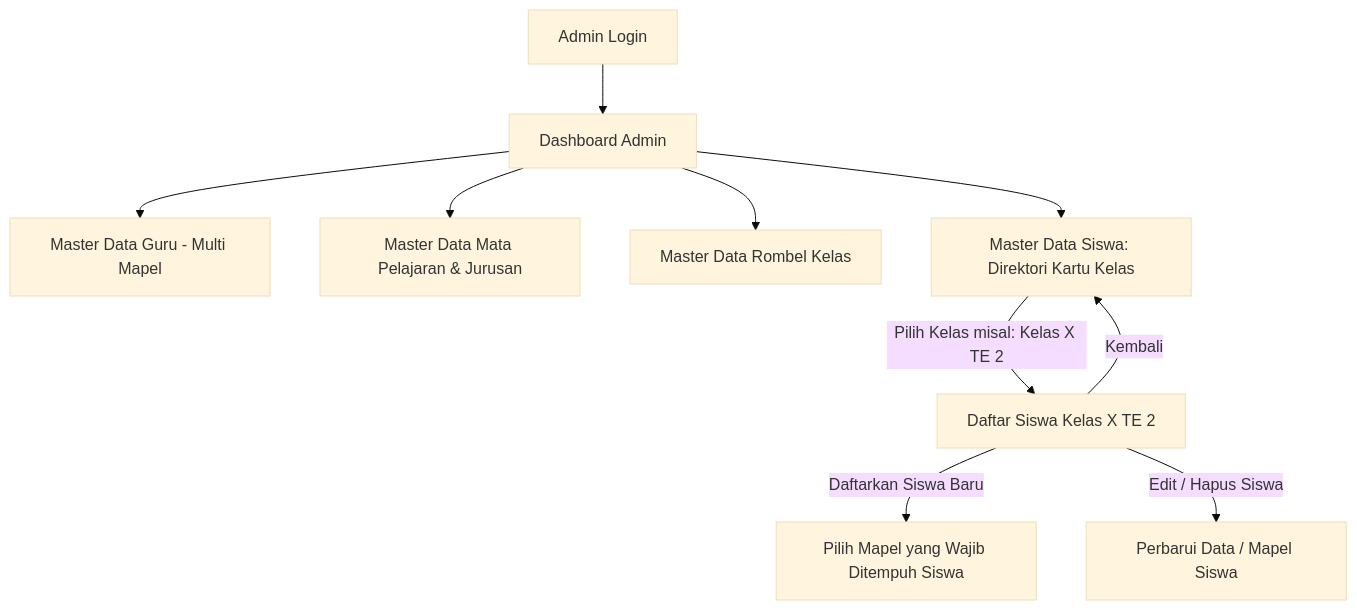
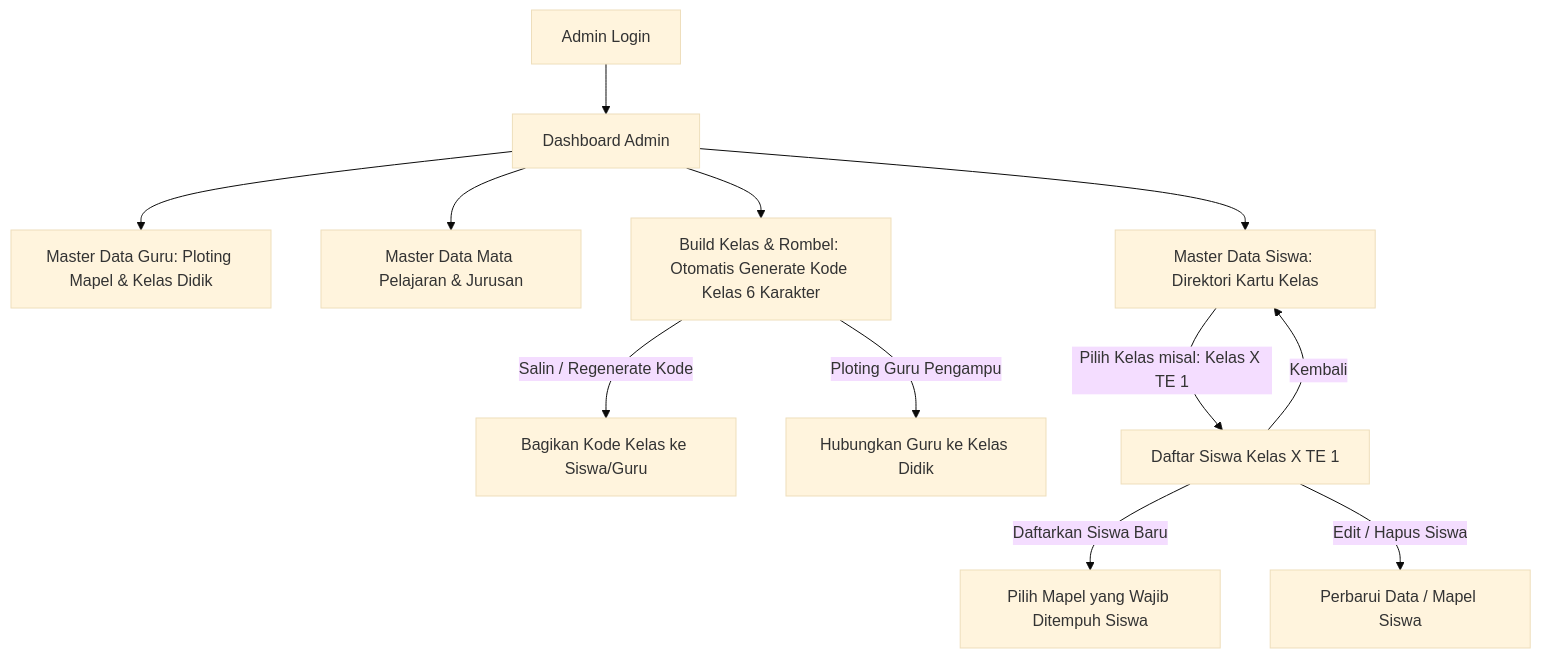
One commit to AdiLamunedo21/e-modul changed the first of 4 diagrams in prd.md. Above: the diagram before and after it, drawn with Mermaid (base theme). The commit also changed other lines of this file and 5 other files, not shown here.

Commit message:
feat: fitur build kelas admin dengan auto kode unik dan pembaruan alur di prd.md

````diff
--- a/prd.md
+++ b/prd.md
@@ -214,12 +249,14 @@
 ```mermaid
 graph TD
     A[Admin Login] --> B[Dashboard Admin]
-    B --> C[Master Data Guru - Multi Mapel]
+    B --> C[Master Data Guru: Ploting Mapel & Kelas Didik]
     B --> D[Master Data Mata Pelajaran & Jurusan]
-    B --> E[Master Data Rombel Kelas]
+    B --> E[Build Kelas & Rombel: Otomatis Generate Kode Kelas 6 Karakter]
+    E -->|Salin / Regenerate Kode| E1[Bagikan Kode Kelas ke Siswa/Guru]
+    E -->|Ploting Guru Pengampu| E2[Hubungkan Guru ke Kelas Didik]
     B --> F[Master Data Siswa: Direktori Kartu Kelas]
-    F -->|Pilih Kelas misal: Kelas X TE 2| G[Daftar Siswa Kelas X TE 2]
+    F -->|Pilih Kelas misal: Kelas X TE 1| G[Daftar Siswa Kelas X TE 1]
     G -->|Daftarkan Siswa Baru| H[Pilih Mapel yang Wajib Ditempuh Siswa]
     G -->|Edit / Hapus Siswa| I[Perbarui Data / Mapel Siswa]
     G -->|Kembali| F
 ```
````
